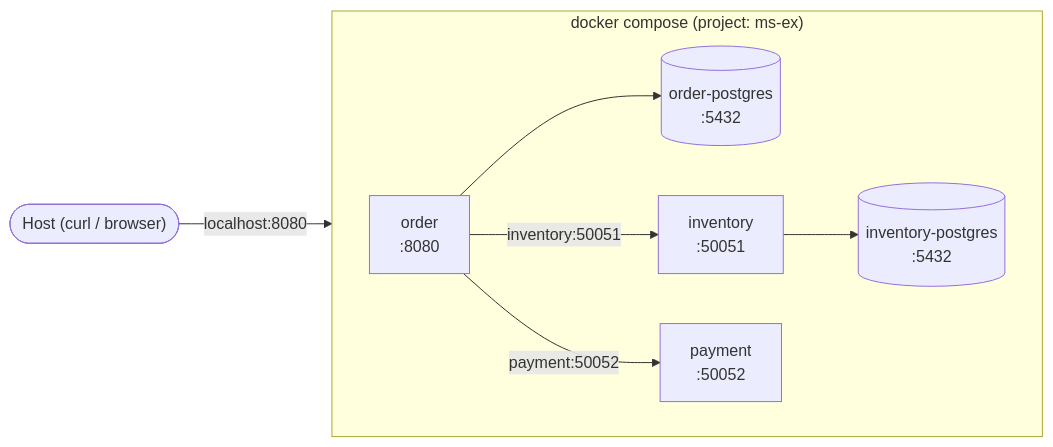
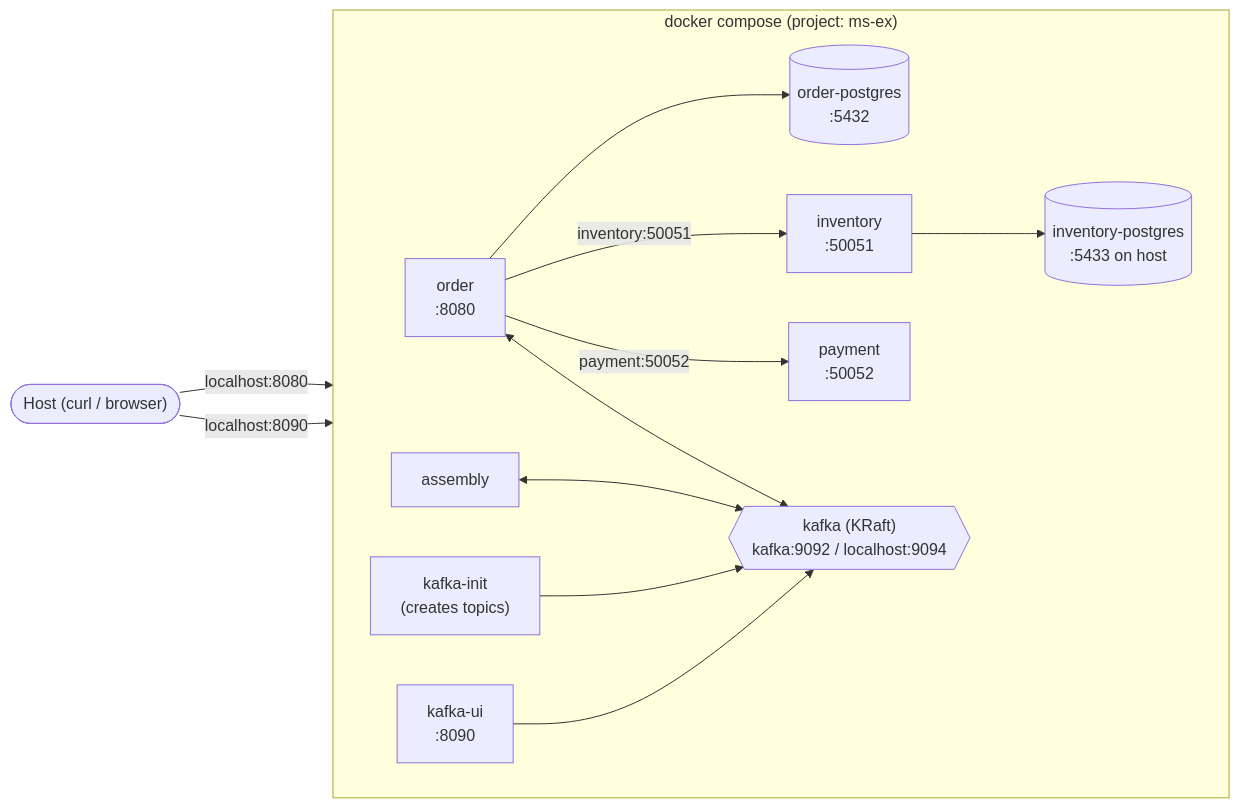
Before and after one commit to omaigo88/ms-ex: the fifth of 5 diagrams in docs/architecture.md, drawn with Mermaid. The commit also changed other lines of this file and 17 other files, not shown here.

First line of the commit message:
Add Claude Code project setup and update architecture docs for Kafka

````diff
--- a/docs/architecture.md
+++ b/docs/architecture.md
@@ -85,18 +237,27 @@
 ```mermaid
 flowchart LR
     subgraph "docker compose (project: ms-ex)"
         direction LR
         Order["order\n:8080"]
         OrderPG[("order-postgres\n:5432")]
         Inventory["inventory\n:50051"]
-        InventoryPG[("inventory-postgres\n:5432")]
+        InventoryPG[("inventory-postgres\n:5433 on host")]
         Payment["payment\n:50052"]
+        Assembly["assembly"]
+        Kafka{{"kafka (KRaft)\nkafka:9092 / localhost:9094"}}
+        KafkaInit["kafka-init\n(creates topics)"]
+        KafkaUI["kafka-ui\n:8090"]
 
         Order --> OrderPG
         Order -- "inventory:50051" --> Inventory
         Order -- "payment:50052" --> Payment
         Inventory --> InventoryPG
+        Order <--> Kafka
+        Assembly <--> Kafka
+        KafkaInit --> Kafka
+        KafkaUI --> Kafka
     end
 
     Host(["Host (curl / browser)"]) -- "localhost:8080" --> Order
+    Host -- "localhost:8090" --> KafkaUI
 ```
````
